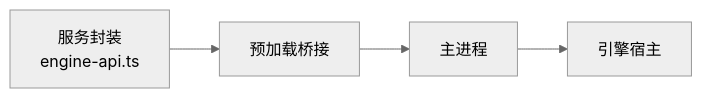
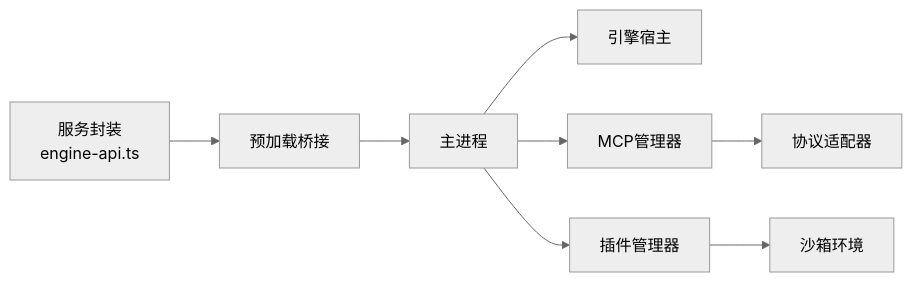
One commit to kkutysllb/KCoder changed the sixth of 6 diagrams in .qoder/repowiki/zh/content/前端架构/API集成层.md. Above: the diagram before and after it, drawn with Mermaid (neutral theme). The commit also changed other lines of this file and 11 other files, not shown here.

````diff
--- a/.qoder/repowiki/zh/content/前端架构/API集成层.md
+++ b/.qoder/repowiki/zh/content/前端架构/API集成层.md
@@ -223,6 +272,10 @@
 ```mermaid
 graph LR
 Svc["服务封装<br/>engine-api.ts"] --> Pre["预加载桥接"]
 Pre --> Main["主进程"]
 Main --> Host["引擎宿主"]
+Main --> MCP["MCP管理器"]
+Main --> Plugin["插件管理器"]
+MCP --> Protocol["协议适配器"]
+Plugin --> Sandbox["沙箱环境"]
 ```
````
